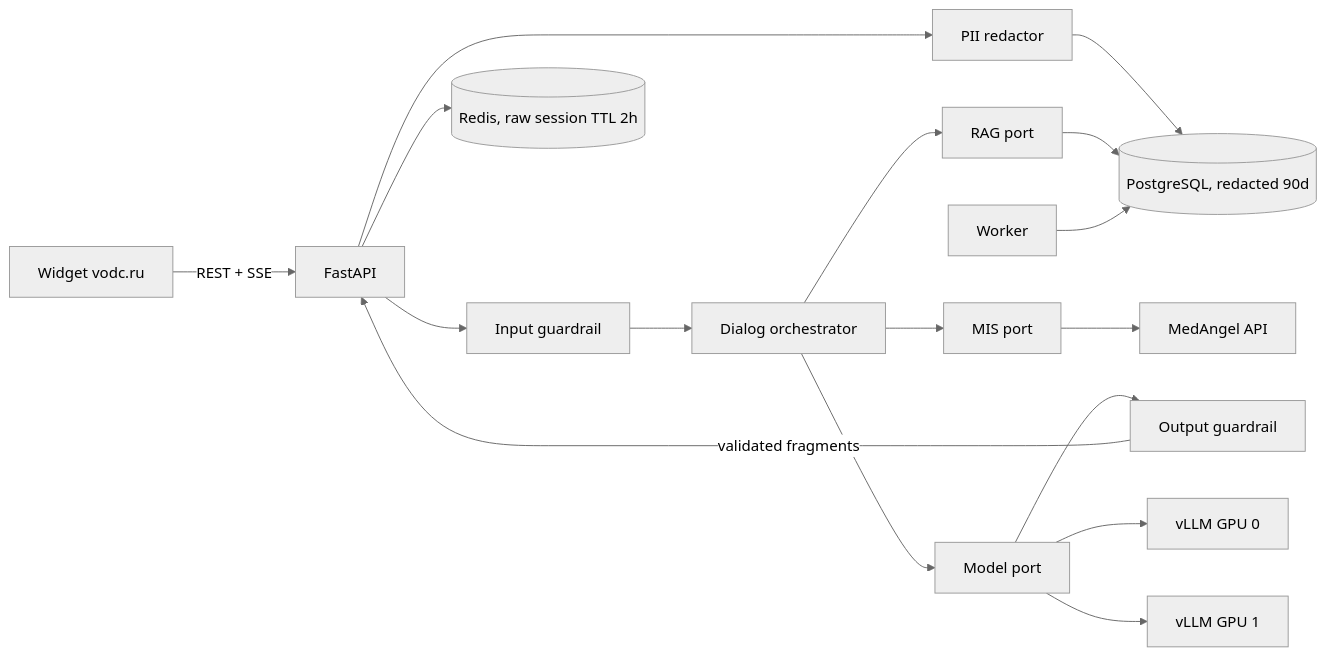
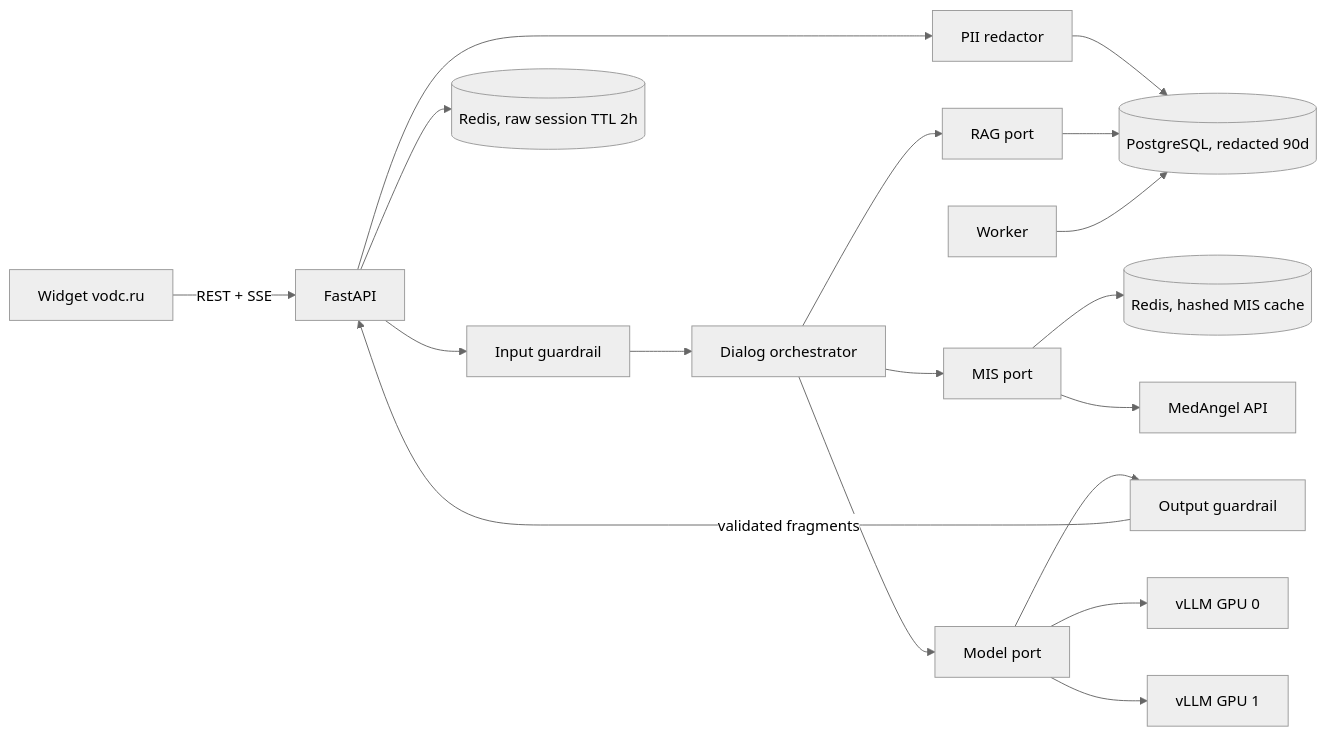
One commit to FreejackRus/AIChatBotVodc changed the diagram in docs/ARCHITECTURE.md. Above: the diagram before and after it, drawn with Mermaid (neutral theme). The commit also changed other lines of this file and 25 other files, not shown here.

````diff
--- a/docs/ARCHITECTURE.md
+++ b/docs/ARCHITECTURE.md
@@ -6,19 +6,20 @@
 ```mermaid
 flowchart LR
     W[Widget vodc.ru] -->|REST + SSE| A[FastAPI]
     A --> S[Input guardrail]
     S --> O[Dialog orchestrator]
     O --> K[RAG port]
     O --> M[MIS port]
     O --> L[Model port]
     L --> G[Output guardrail]
     G -->|validated fragments| A
     A --> R[(Redis, raw session TTL 2h)]
+    M --> C[(Redis, hashed MIS cache)]
     A --> D[PII redactor]
     D --> P[(PostgreSQL, redacted 90d)]
     K --> P
     M --> MA[MedAngel API]
     L --> V1[vLLM GPU 0]
     L --> V2[vLLM GPU 1]
     B[Worker] --> P
 ```
````
